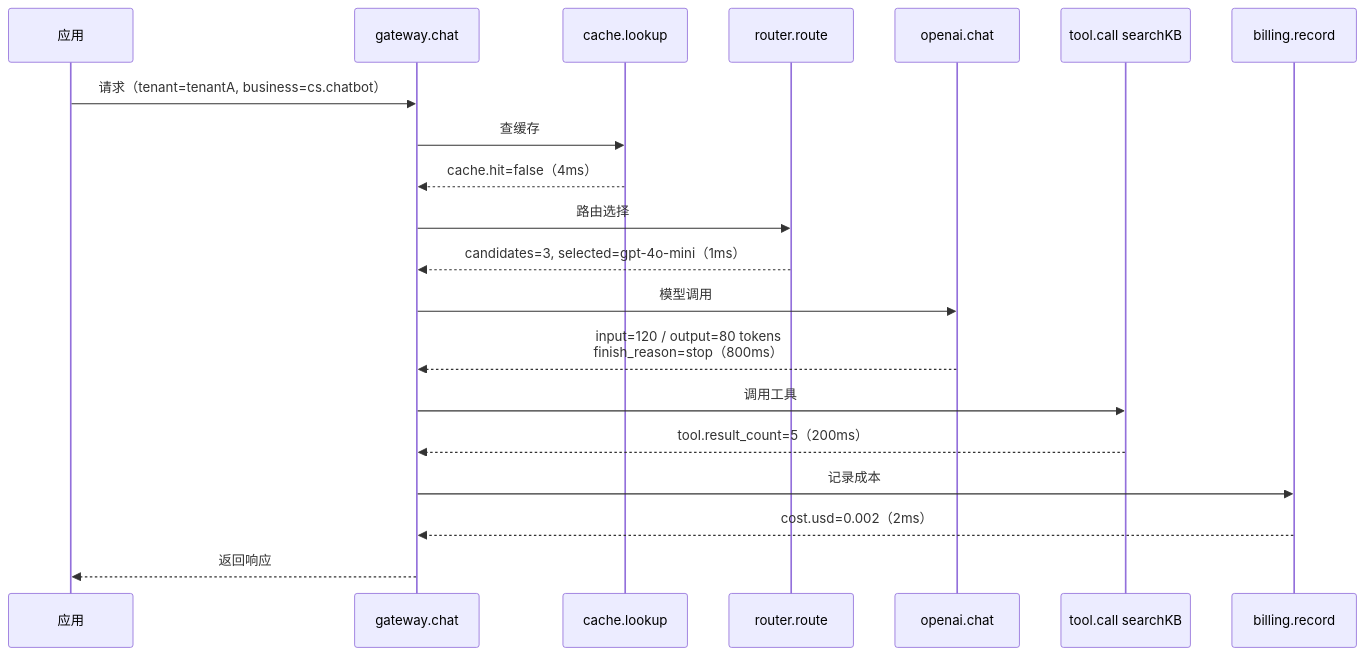
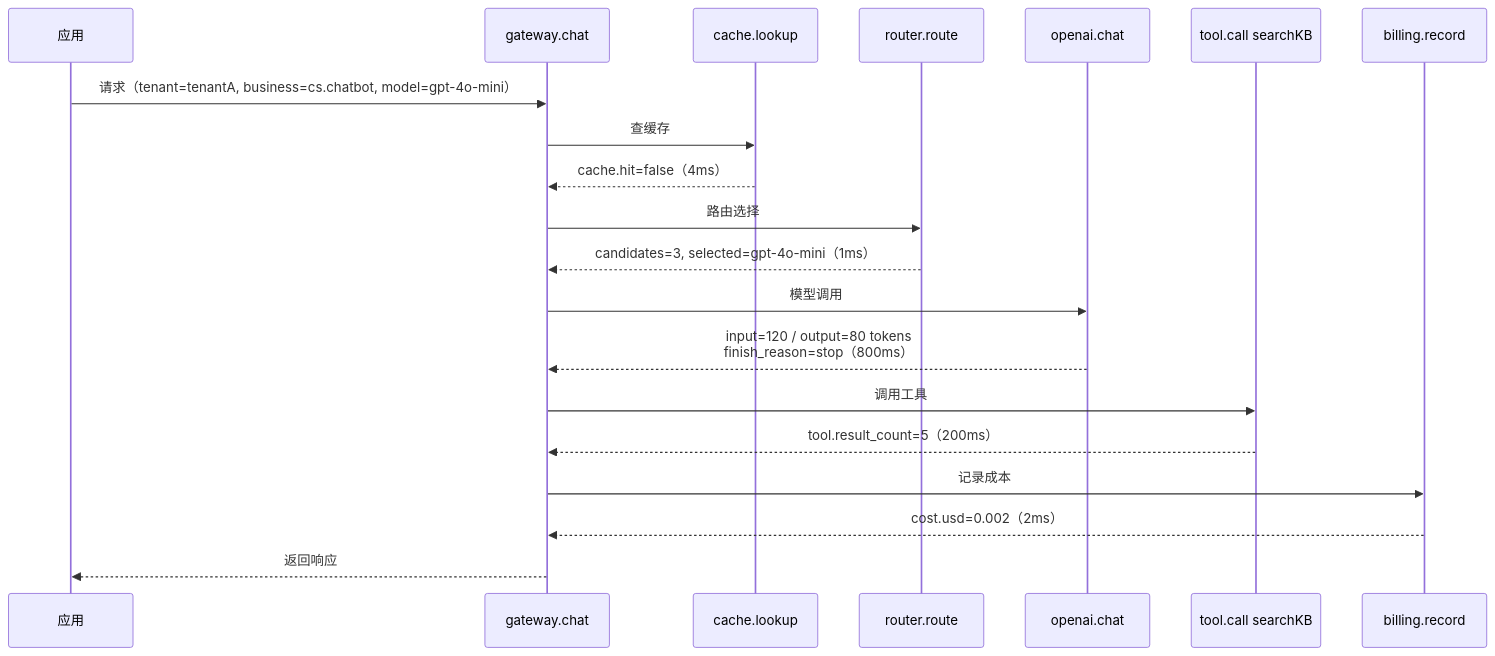
One commit to UranusGit/java-agent-learn changed the fifth of 7 diagrams in docs/ai-serving/05-高可用与可观测.md. Above: the diagram before and after it, drawn with Mermaid. The commit also changed other lines of this file and 137 other files, not shown here.

First line of the commit message:
docs全库mermaid图质量深化：改写残留字符画、补缺图、修坏图

````diff
--- a/docs/ai-serving/05-高可用与可观测.md
+++ b/docs/ai-serving/05-高可用与可观测.md
@@ -415,23 +381,23 @@
 ```mermaid
 sequenceDiagram
     participant App as 应用
     participant GW as gateway.chat
     participant Cache as cache.lookup
     participant R as router.route
     participant LLM as openai.chat
     participant T as tool.call searchKB
     participant B as billing.record
 
-    App->>GW: 请求（tenant=tenantA, business=cs.chatbot）
+    App->>GW: 请求（tenant=tenantA, business=cs.chatbot, model=gpt-4o-mini）
     GW->>Cache: 查缓存
     Cache-->>GW: cache.hit=false（4ms）
     GW->>R: 路由选择
     R-->>GW: candidates=3, selected=gpt-4o-mini（1ms）
     GW->>LLM: 模型调用
     LLM-->>GW: input=120 / output=80 tokens<br/>finish_reason=stop（800ms）
     GW->>T: 调用工具
     T-->>GW: tool.result_count=5（200ms）
     GW->>B: 记录成本
     B-->>GW: cost.usd=0.002（2ms）
     GW-->>App: 返回响应
 ```
````
